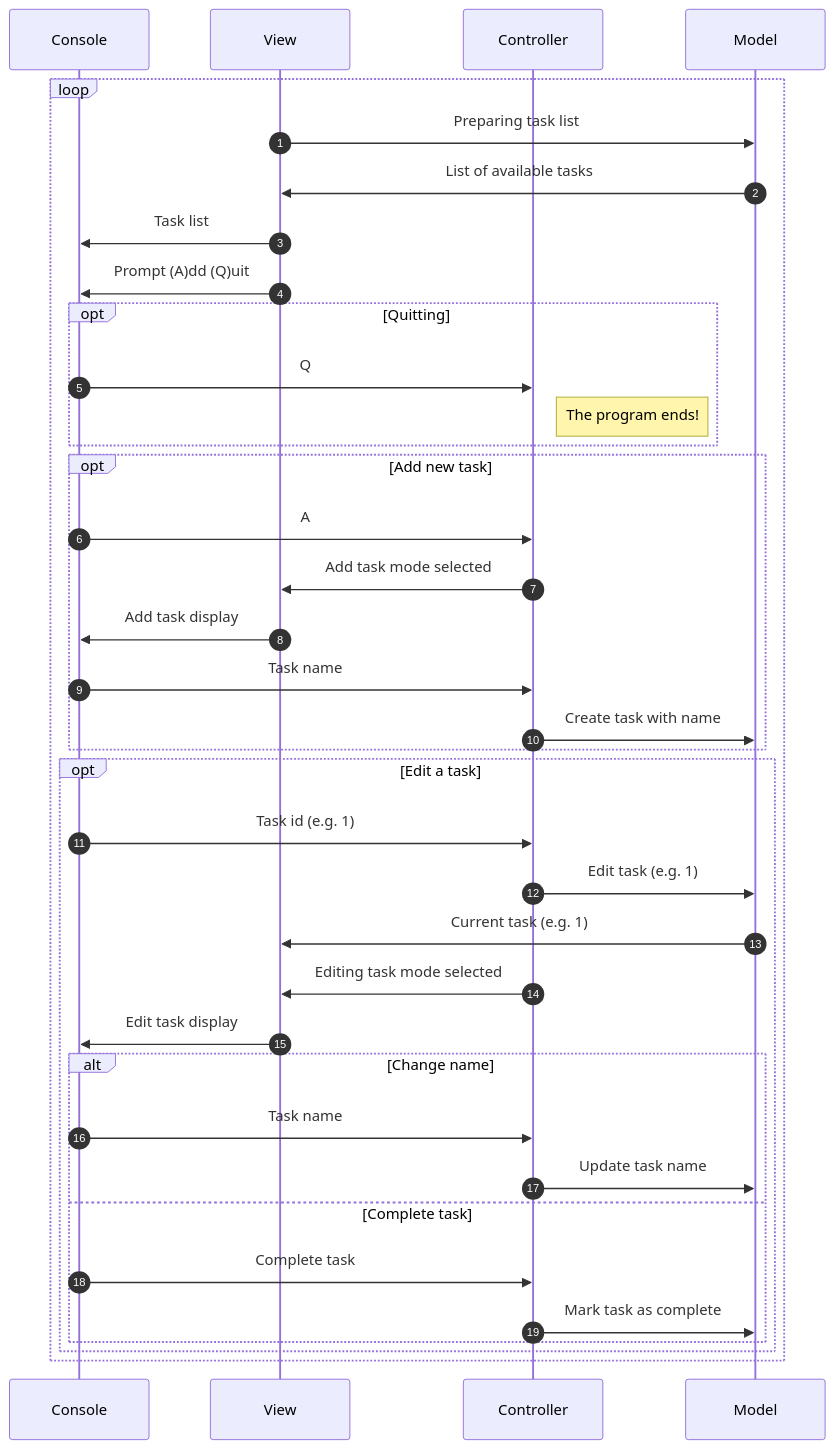
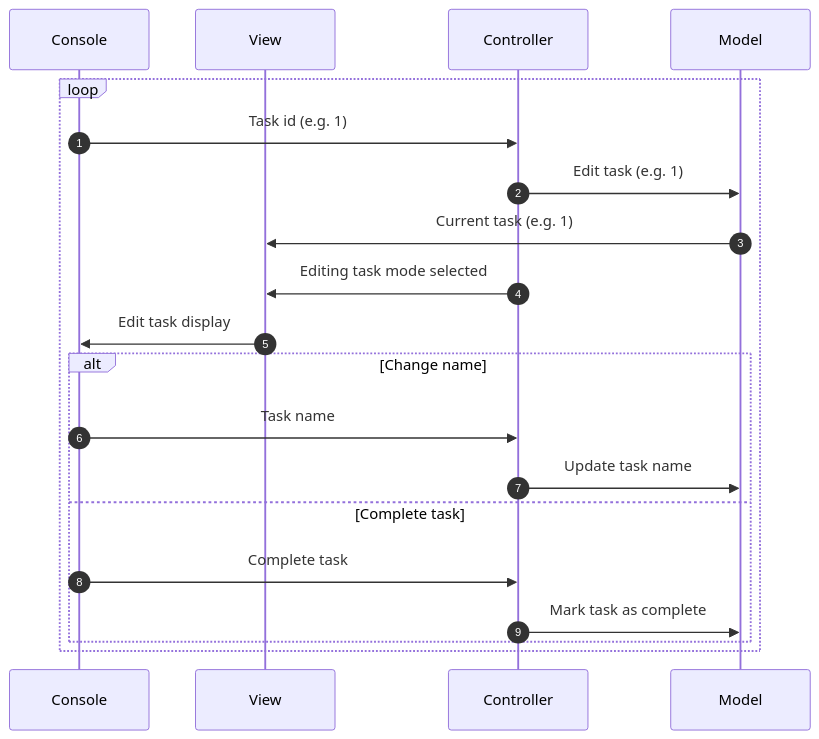
Before and after one commit to armakuni/csharp-katas: the third of 3 diagrams in task-list/README.md, drawn with Mermaid. The commit also changed other lines of this file, not shown here.

Commit message:
Diagram was a bit scary

````diff
--- a/task-list/README.md
+++ b/task-list/README.md
@@ -31,42 +70,26 @@
 ```mermaid
 sequenceDiagram
 	autonumber
 	participant O as Console
 	participant V as View
 	participant C as Controller
 	participant M as Model
 	
 	loop
 
-		V->>M: Preparing task list
-		M->>V: List of available tasks
-		V->>O: Task list
-		V->>O: Prompt (A)dd (Q)uit
-		opt Quitting
-			O->>C: Q
-			Note right of C: The program ends!
-		end
-		opt Add new task
-			O->>C: A
-			C->>V: Add task mode selected
-			V->>O: Add task display
-			O->>C: Task name
-			C->>M: Create task with name
-		end
-		opt Edit a task
+		
 			O->>C: Task id (e.g. 1)
 			C->>M: Edit task (e.g. 1)
 			M->>V: Current task (e.g. 1)
 			C->>V: Editing task mode selected
 			V->>O: Edit task display
 			alt Change name
 				O->>C: Task name
 				C->>M: Update task name
 			else Complete task
 				O->>C: Complete task
 				C->>M: Mark task as complete
 			end
-		end
-
+		
 	end
 ```
````
